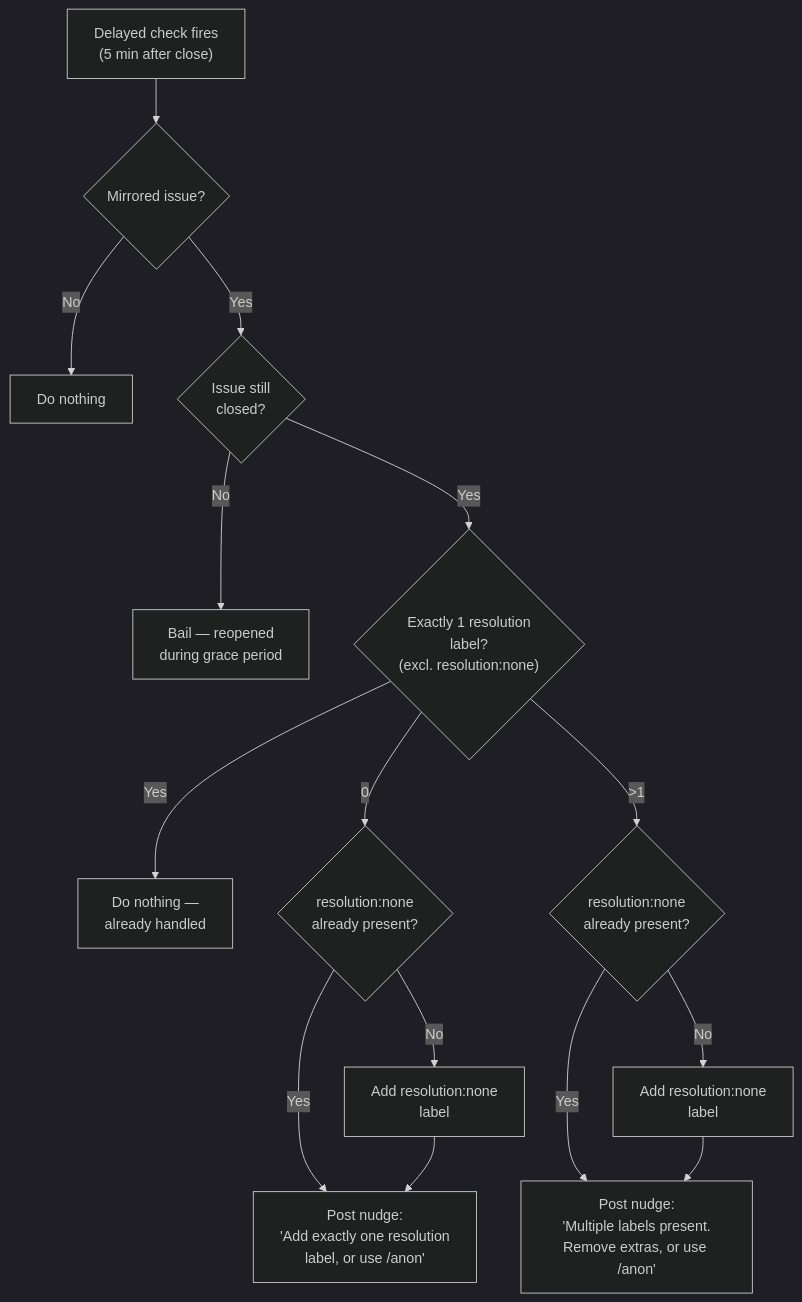
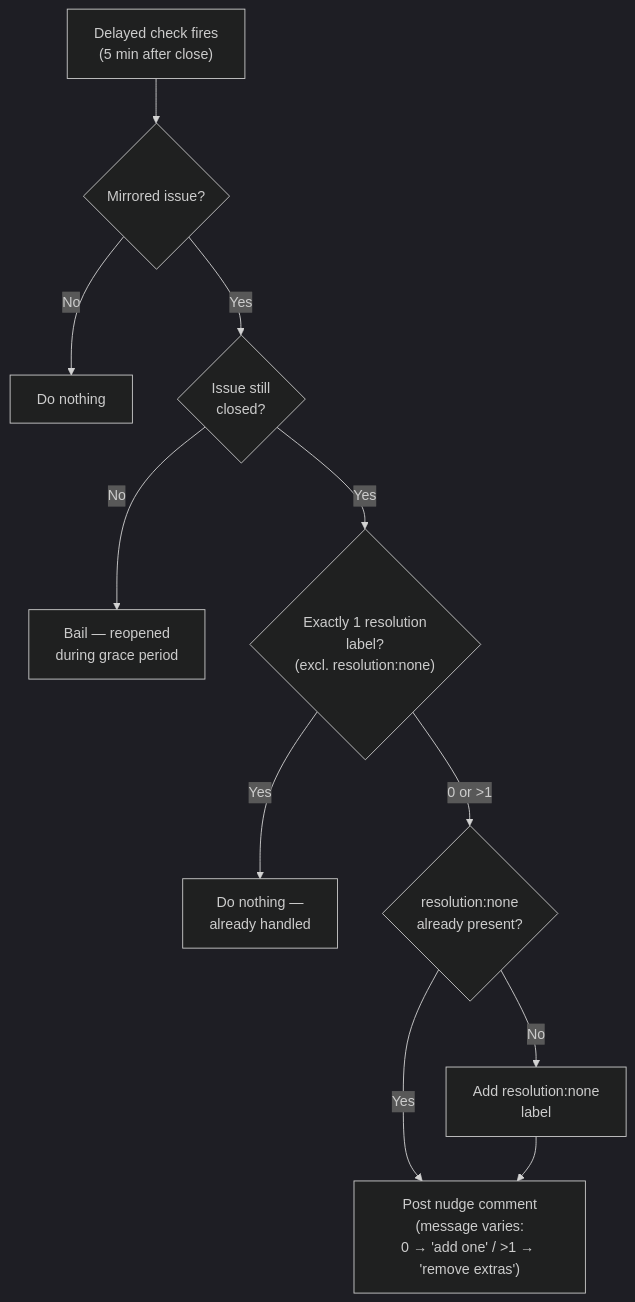
Diagram 12 of 16 in FLOWS.md (Magma-Maths/lyrebird), drawn with Mermaid (dark theme) before and after one commit. The commit also changed 4 other files, not shown here.

````diff
--- a/FLOWS.md
+++ b/FLOWS.md
@@ -158,17 +158,13 @@
 ```mermaid
 flowchart TD
     A["Delayed check fires<br/>(5 min after close)"] --> B{"Mirrored issue?"}
     B -- No --> Z["Do nothing"]
     B -- Yes --> C{"Issue still<br/>closed?"}
     C -- No --> D["Bail — reopened<br/>during grace period"]
     C -- Yes --> E{"Exactly 1 resolution<br/>label?<br/>(excl. resolution:none)"}
     E -- Yes --> F["Do nothing —<br/>already handled"]
-    E -- "0" --> G0{"resolution:none<br/>already present?"}
-    E -- ">1" --> G1{"resolution:none<br/>already present?"}
-    G0 -- No --> H0["Add resolution:none<br/>label"]
-    G0 -- Yes --> I0["Post nudge:<br/>'Add exactly one resolution<br/>label, or use /anon'"]
-    H0 --> I0
-    G1 -- No --> H1["Add resolution:none<br/>label"]
-    G1 -- Yes --> I1["Post nudge:<br/>'Multiple labels present.<br/>Remove extras, or use /anon'"]
-    H1 --> I1
+    E -- "0 or >1" --> G{"resolution:none<br/>already present?"}
+    G -- No --> H["Add resolution:none<br/>label"]
+    G -- Yes --> I
+    H --> I["Post nudge comment<br/>(message varies:<br/>0 → 'add one' / >1 → 'remove extras')"]
 ```
````
